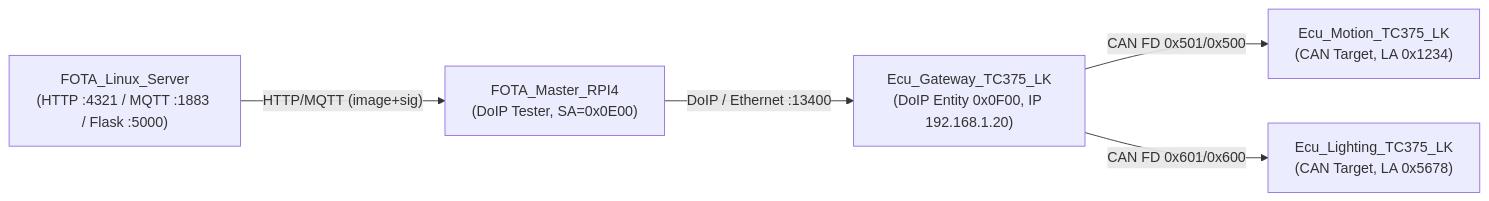
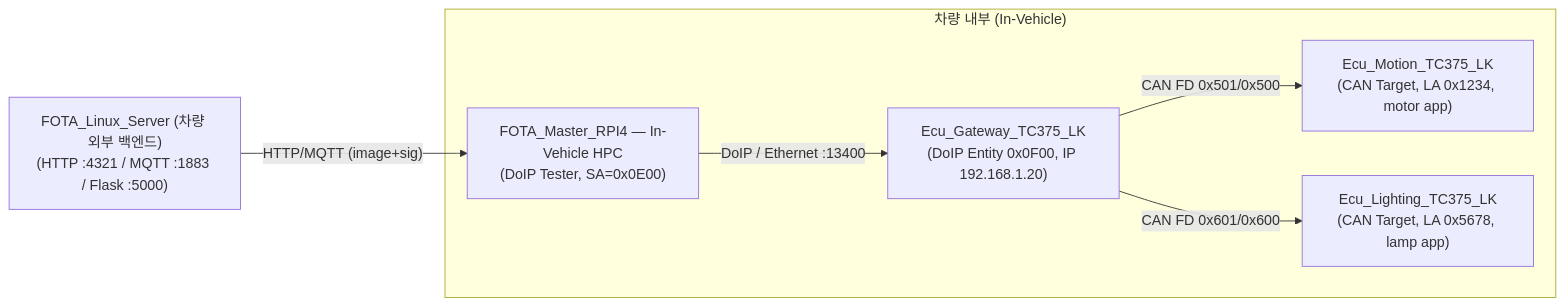
Before and after one commit to kdt-fibonacci/fota-reprogramming: the first of 3 diagrams in docs/README.md, drawn with Mermaid. The commit also changed other lines of this file and 8 other files, not shown here.

````diff
--- a/docs/README.md
+++ b/docs/README.md
@@ -17,13 +17,15 @@
 ```mermaid
 flowchart LR
-    SRV["FOTA_Linux_Server<br/>(HTTP :4321 / MQTT :1883 / Flask :5000)"]
-    RPI["FOTA_Master_RPI4<br/>(DoIP Tester, SA=0x0E00)"]
-    GW["Ecu_Gateway_TC375_LK<br/>(DoIP Entity 0x0F00, IP 192.168.1.20)"]
-    MOT["Ecu_Motion_TC375_LK<br/>(CAN Target, LA 0x1234)"]
-    LIT["Ecu_Lighting_TC375_LK<br/>(CAN Target, LA 0x5678)"]
+    SRV["FOTA_Linux_Server (차량 외부 백엔드)<br/>(HTTP :4321 / MQTT :1883 / Flask :5000)"]
+    subgraph VEH["차량 내부 (In-Vehicle)"]
+        RPI["FOTA_Master_RPI4 — In-Vehicle HPC<br/>(DoIP Tester, SA=0x0E00)"]
+        GW["Ecu_Gateway_TC375_LK<br/>(DoIP Entity 0x0F00, IP 192.168.1.20)"]
+        MOT["Ecu_Motion_TC375_LK<br/>(CAN Target, LA 0x1234, motor app)"]
+        LIT["Ecu_Lighting_TC375_LK<br/>(CAN Target, LA 0x5678, lamp app)"]
+        RPI -- "DoIP / Ethernet :13400" --> GW
+        GW -- "CAN FD 0x501/0x500" --> MOT
+        GW -- "CAN FD 0x601/0x600" --> LIT
+    end
 
     SRV -- "HTTP/MQTT (image+sig)" --> RPI
-    RPI -- "DoIP / Ethernet :13400" --> GW
-    GW -- "CAN FD 0x501/0x500" --> MOT
-    GW -- "CAN FD 0x601/0x600" --> LIT
 ```
````
